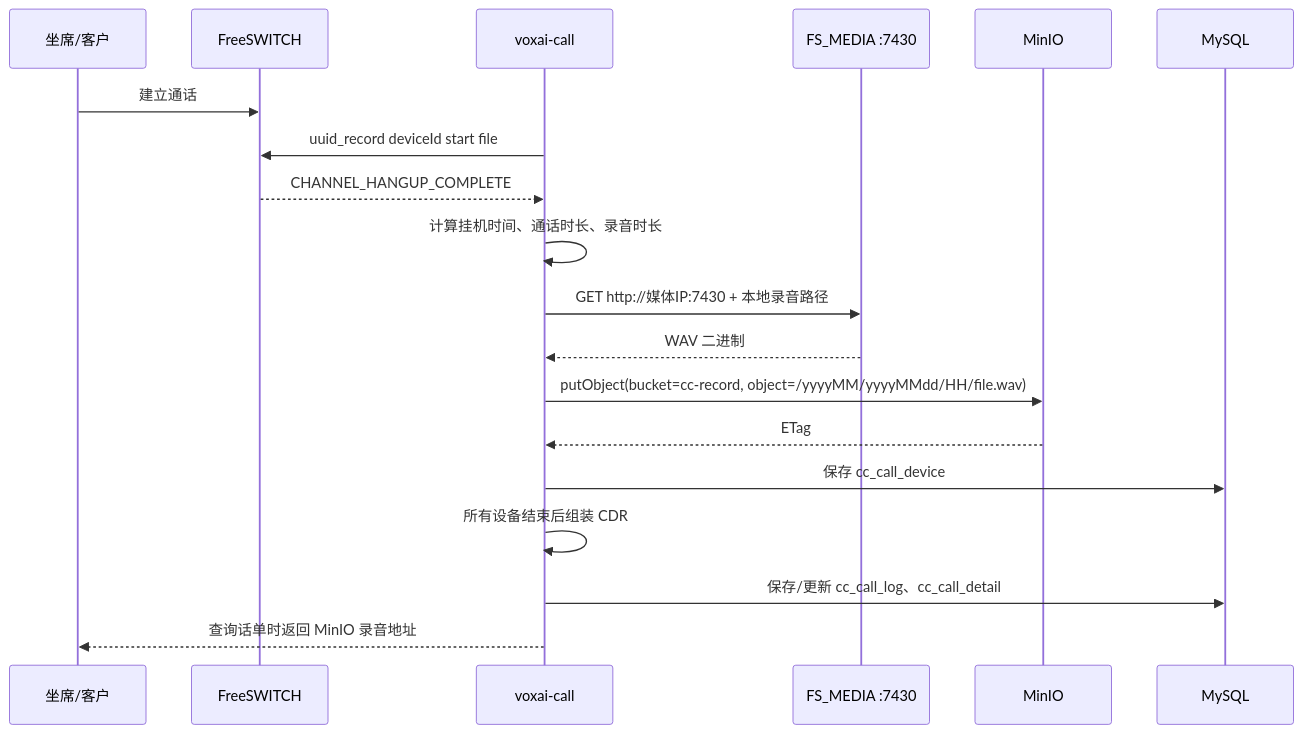
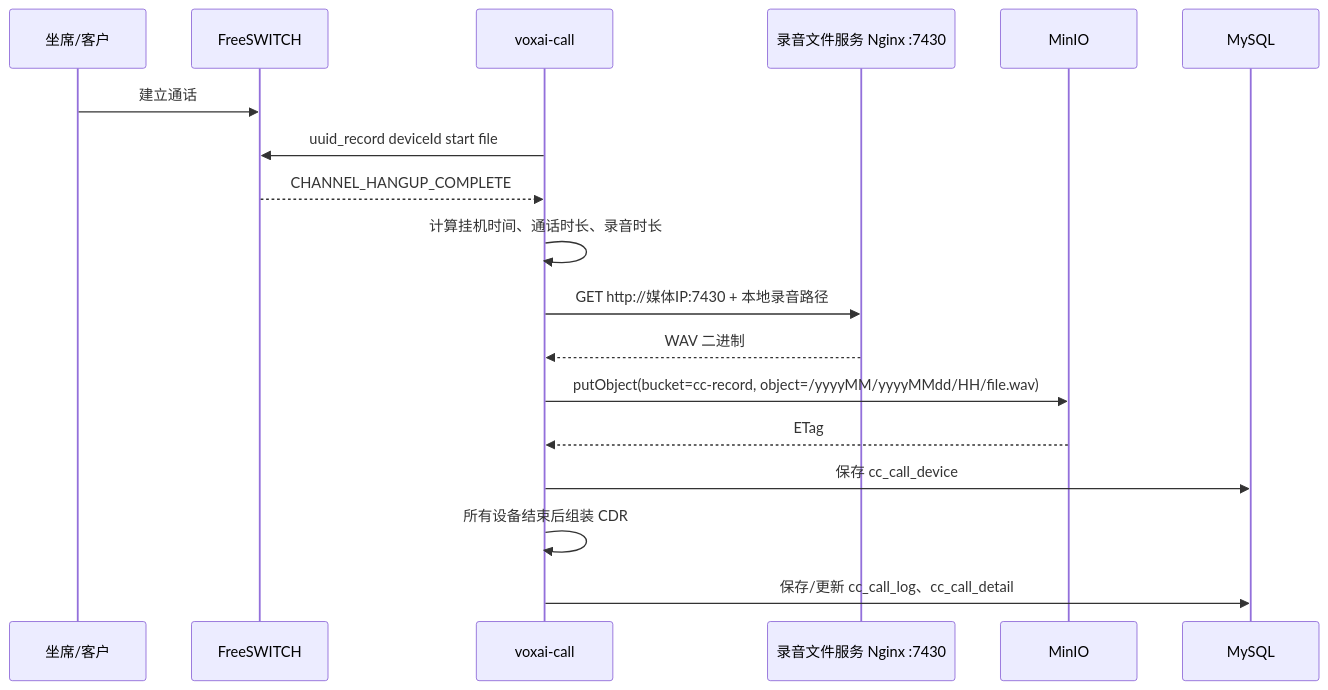
One commit to dongjb741280/ai-call-center changed the diagram in docs/12-录音上传MinIO.md. Above: the diagram before and after it, drawn with Mermaid. The commit also changed other lines of this file and 4 other files, not shown here.

````diff
--- a/docs/12-录音上传MinIO.md
+++ b/docs/12-录音上传MinIO.md
@@ -29,22 +32,21 @@
 ```mermaid
 sequenceDiagram
     participant A as 坐席/客户
     participant FS as FreeSWITCH
     participant CC as voxai-call
-    participant MEDIA as FS_MEDIA :7430
+    participant MEDIA as 录音文件服务 Nginx :7430
     participant OSS as MinIO
     participant DB as MySQL
 
     A->>FS: 建立通话
     CC->>FS: uuid_record deviceId start file
     FS-->>CC: CHANNEL_HANGUP_COMPLETE
     CC->>CC: 计算挂机时间、通话时长、录音时长
     CC->>MEDIA: GET http://媒体IP:7430 + 本地录音路径
     MEDIA-->>CC: WAV 二进制
     CC->>OSS: putObject(bucket=cc-record, object=/yyyyMM/yyyyMMdd/HH/file.wav)
     OSS-->>CC: ETag
     CC->>DB: 保存 cc_call_device
     CC->>CC: 所有设备结束后组装 CDR
     CC->>DB: 保存/更新 cc_call_log、cc_call_detail
-    CC-->>A: 查询话单时返回 MinIO 录音地址
 ```
````
